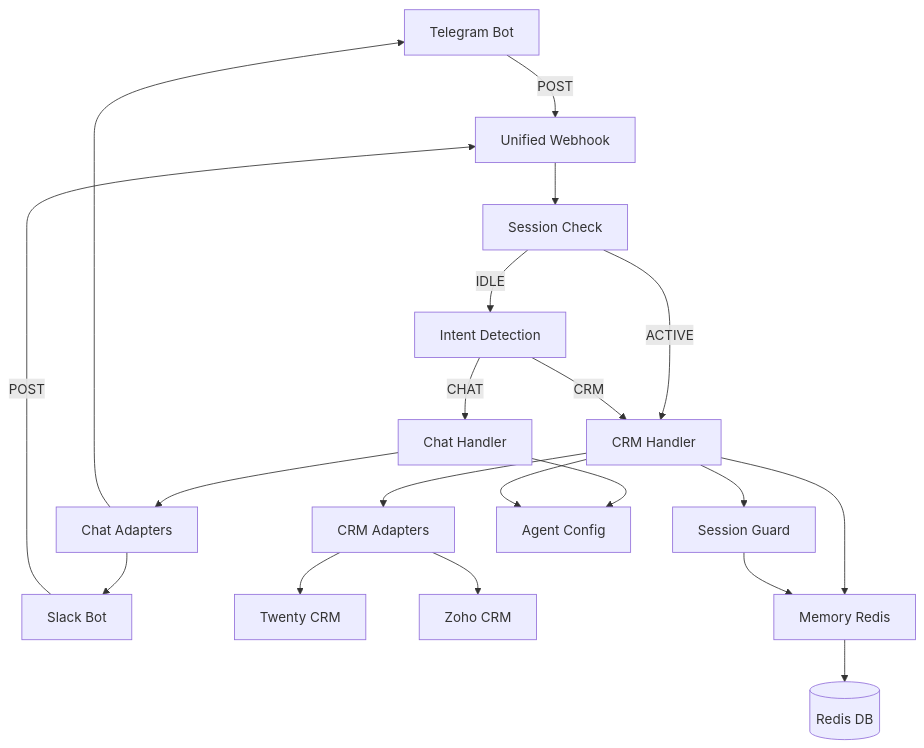
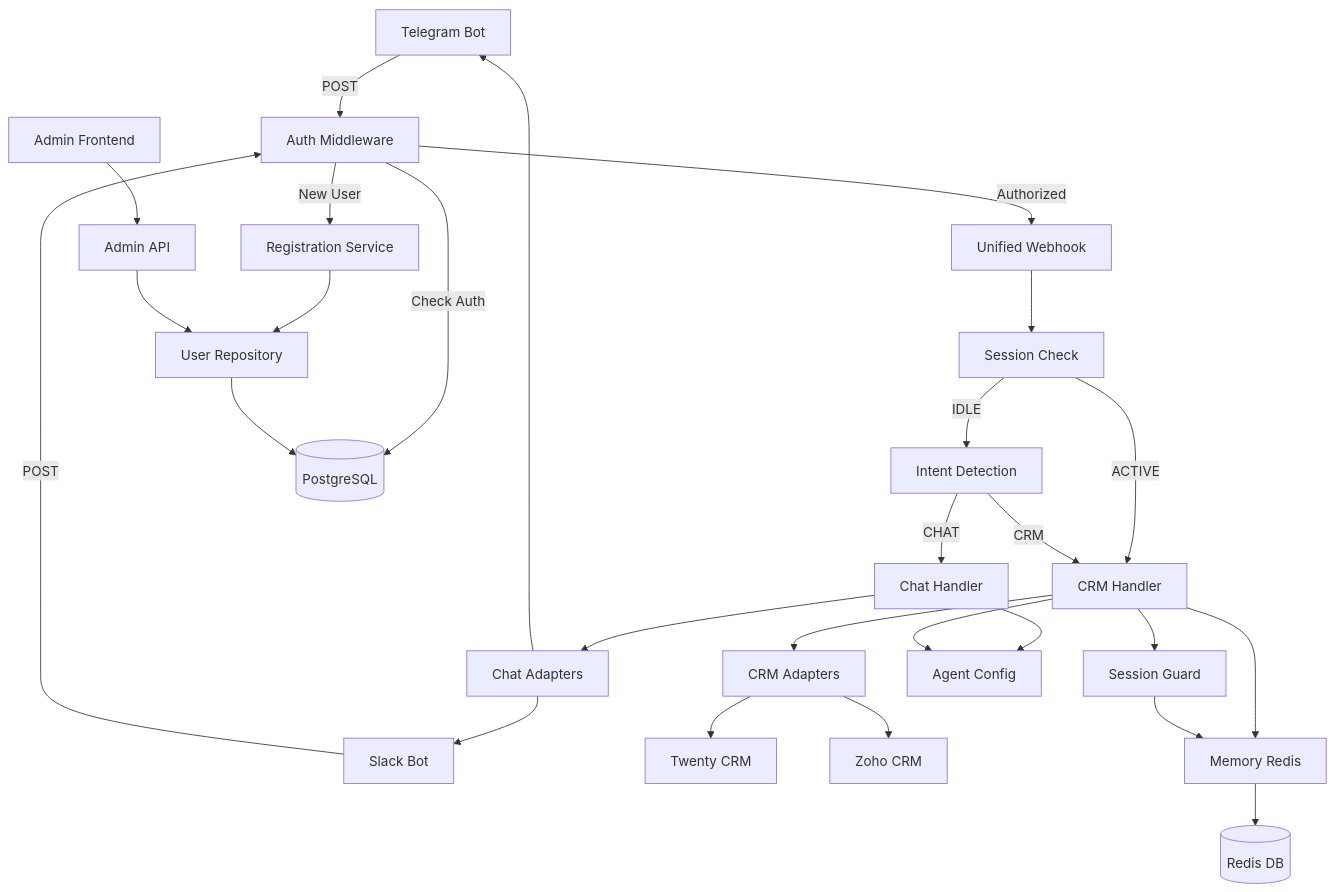
One commit to expoya/adizon-v2 changed the diagram in Roadmap/ARCHITECTURE.md. Above: the diagram before and after it, drawn with Mermaid. The commit also changed other lines of this file and 2 other files, not shown here.

First line of the commit message:
docs: Update documentation with User Management System

````diff
--- a/Roadmap/ARCHITECTURE.md
+++ b/Roadmap/ARCHITECTURE.md
@@ -95,49 +130,65 @@
 ```mermaid
 flowchart TB
     telegram[Telegram Bot]
     slack[Slack Bot]
     twentyCRM[Twenty CRM]
     zohoCRM[Zoho CRM]
+    adminUI[Admin Frontend]
     
+    authMW[Auth Middleware]
     webhook[Unified Webhook]
     intent[Intent Detection]
     sessionCheck[Session Check]
     
     chatHandler[Chat Handler]
     crmHandler[CRM Handler]
     sessionGuard[Session Guard]
     
     chatAdapters[Chat Adapters]
     crmAdapters[CRM Adapters]
     
     memory[Memory Redis]
     config[Agent Config]
     redis[(Redis DB)]
+    postgres[(PostgreSQL)]
+    userRepo[User Repository]
+    regService[Registration Service]
+    adminAPI[Admin API]
     
-    telegram -->|POST| webhook
-    slack -->|POST| webhook
+    telegram -->|POST| authMW
+    slack -->|POST| authMW
+    
+    authMW -->|Check Auth| postgres
+    authMW -->|Authorized| webhook
+    authMW -->|New User| regService
+    
+    regService --> userRepo
+    userRepo --> postgres
+    
+    adminUI --> adminAPI
+    adminAPI --> userRepo
     
     webhook --> sessionCheck
     sessionCheck -->|IDLE| intent
     sessionCheck -->|ACTIVE| crmHandler
     
     intent -->|CHAT| chatHandler
     intent -->|CRM| crmHandler
     
     chatHandler --> chatAdapters
     crmHandler --> crmAdapters
     crmHandler --> sessionGuard
     
     chatAdapters --> telegram
     chatAdapters --> slack
     
     crmAdapters --> twentyCRM
     crmAdapters --> zohoCRM
     
     crmHandler --> memory
     sessionGuard --> memory
     memory --> redis
     
     chatHandler --> config
     crmHandler --> config
 ```
````
